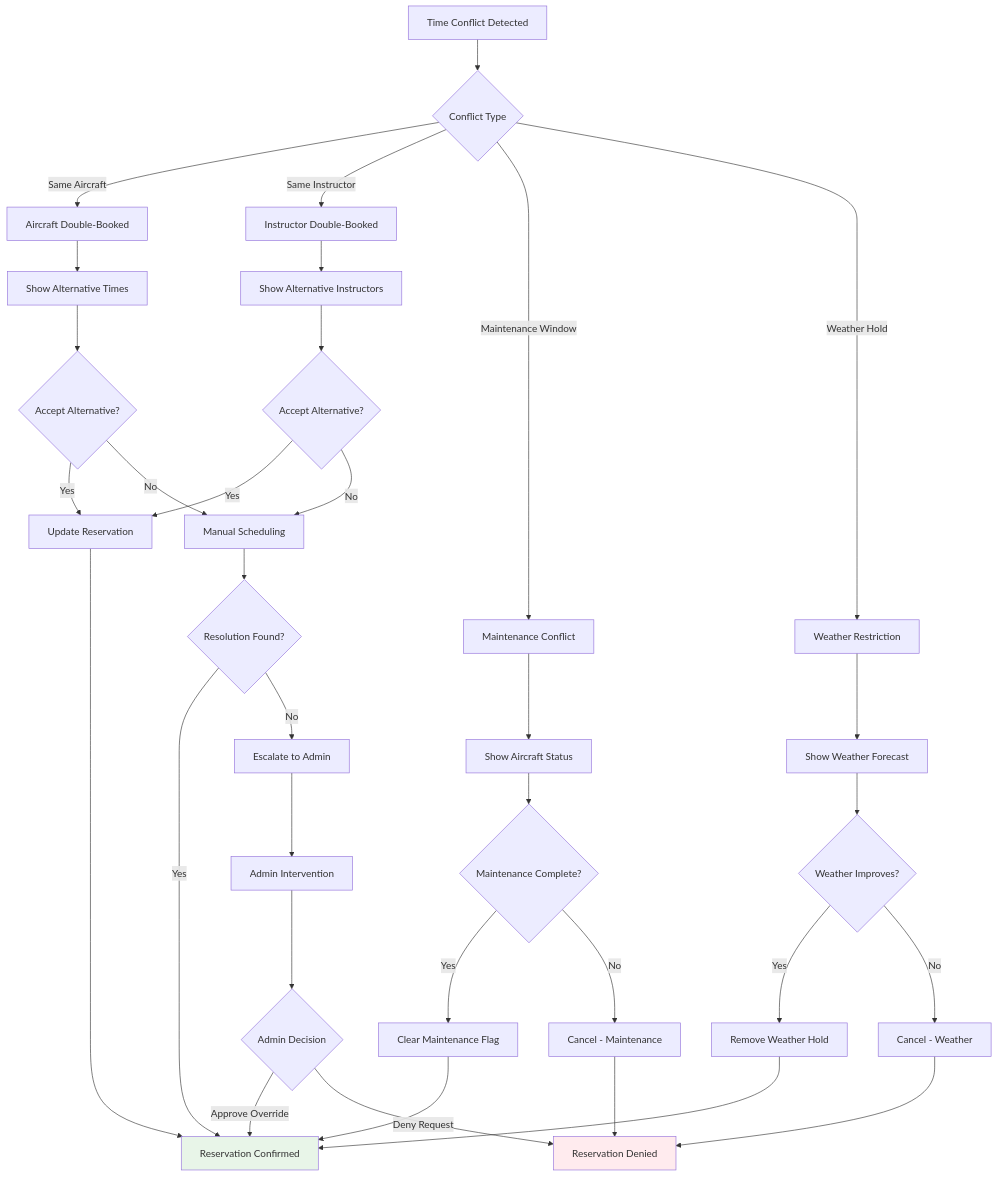
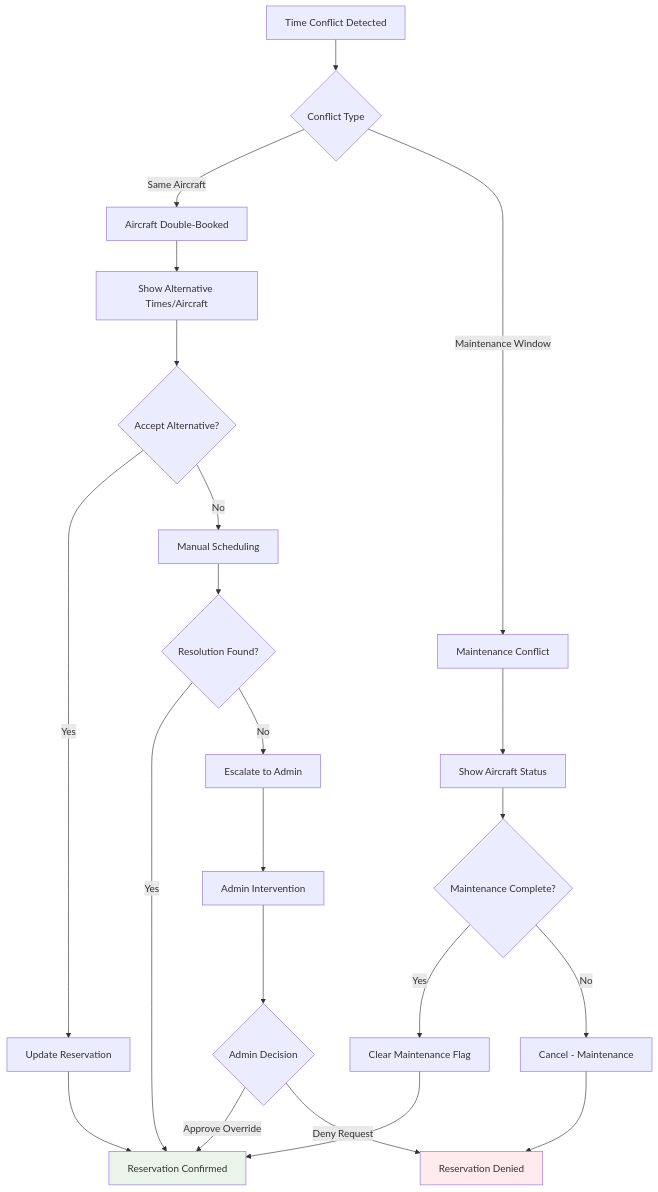
The fifth of 6 diagrams in docs/workflows/issue-190-glider-reservation-design.md (pietbarber/Manage2Soar), drawn with Mermaid before and after one commit. The commit also changed other lines of this file, not shown here.

````diff
--- a/docs/workflows/issue-190-glider-reservation-design.md
+++ b/docs/workflows/issue-190-glider-reservation-design.md
@@ -207,48 +195,36 @@
 ```mermaid
 flowchart TD
     A[Time Conflict Detected] --> B{Conflict Type}
     
     B -->|Same Aircraft| C[Aircraft Double-Booked]
-    B -->|Same Instructor| D[Instructor Double-Booked]
-    B -->|Maintenance Window| E[Maintenance Conflict]
-    B -->|Weather Hold| F[Weather Restriction]
+    B -->|Maintenance Window| D[Maintenance Conflict]
     
-    C --> G[Show Alternative Times]
-    D --> H[Show Alternative Instructors]
-    E --> I[Show Aircraft Status]
-    F --> J[Show Weather Forecast]
+    C --> E[Show Alternative Times/Aircraft]
+    D --> F[Show Aircraft Status]
     
-    G --> K{Accept Alternative?}
-    H --> L{Accept Alternative?}
-    I --> M{Maintenance Complete?}
-    J --> N{Weather Improves?}
+    E --> G{Accept Alternative?}
+    F --> H{Maintenance Complete?}
     
-    K -->|Yes| O[Update Reservation]
-    L -->|Yes| O
-    M -->|Yes| P[Clear Maintenance Flag]
-    N -->|Yes| Q[Remove Weather Hold]
+    G -->|Yes| I[Update Reservation]
+    H -->|Yes| J[Clear Maintenance Flag]
     
-    K -->|No| R[Manual Scheduling]
-    L -->|No| R
-    M -->|No| S[Cancel - Maintenance]
-    N -->|No| T[Cancel - Weather]
+    G -->|No| K[Manual Scheduling]
+    H -->|No| L[Cancel - Maintenance]
     
-    P --> U[Reservation Confirmed]
-    Q --> U
-    O --> U
+    J --> M[Reservation Confirmed]
+    I --> M
     
-    R --> V{Resolution Found?}
-    V -->|Yes| U
-    V -->|No| W[Escalate to Admin]
+    K --> N{Resolution Found?}
+    N -->|Yes| M
+    N -->|No| O[Escalate to Admin]
     
-    W --> X[Admin Intervention]
-    X --> Y{Admin Decision}
-    Y -->|Approve Override| U
-    Y -->|Deny Request| Z[Reservation Denied]
+    O --> P[Admin Intervention]
+    P --> Q{Admin Decision}
+    Q -->|Approve Override| M
+    Q -->|Deny Request| R[Reservation Denied]
     
-    S --> Z
-    T --> Z
+    L --> R
     
-    style U fill:#e8f5e8
-    style Z fill:#ffebee
+    style M fill:#e8f5e8
+    style R fill:#ffebee
 ```
````
